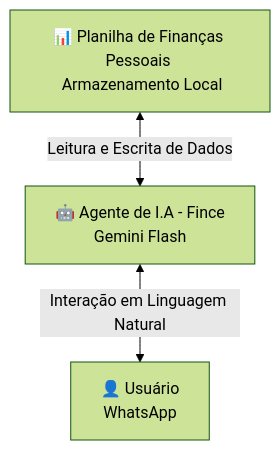
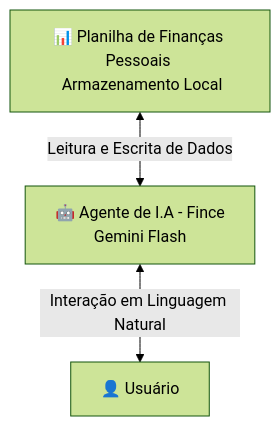
Before and after one commit to AlderARS/Projeto_Final_Bootcamp: the diagram in README.md, drawn with Mermaid (forest theme). The commit also changed other lines of this file, not shown here.

````diff
--- a/README.md
+++ b/README.md
@@ -11,9 +11,9 @@
 ```mermaid
 graph TD
     Planilha[📊 Planilha de Finanças Pessoais <br> Armazenamento Local]
     Agente[🤖 Agente de I.A - Fince <br> Gemini Flash]
-    Usuario[👤 Usuário <br> WhatsApp]
+    Usuario[👤 Usuário]
 
     Planilha <-->|Leitura e Escrita de Dados| Agente
     Agente <-->|Interação em Linguagem Natural| Usuario
 ```
````
